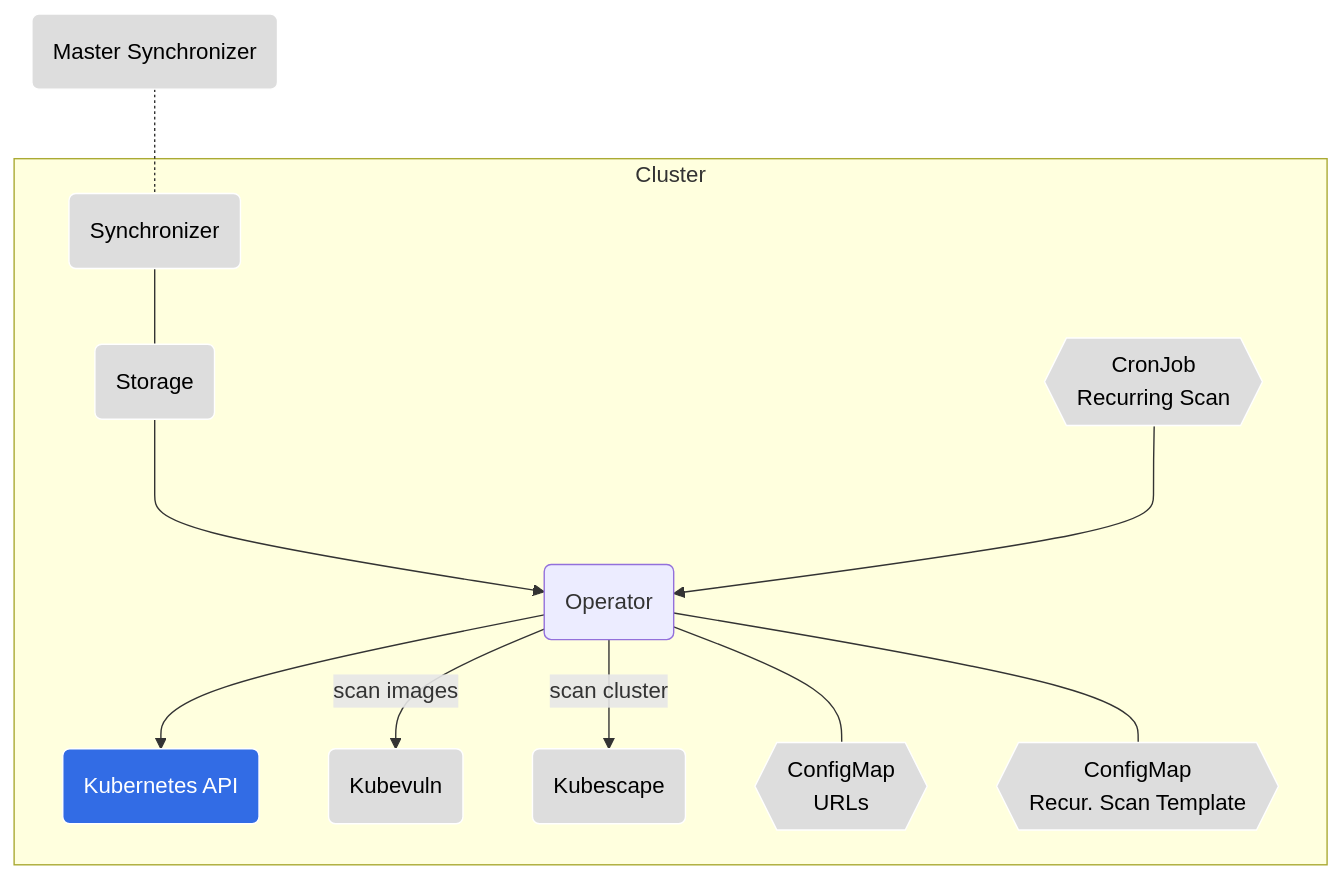
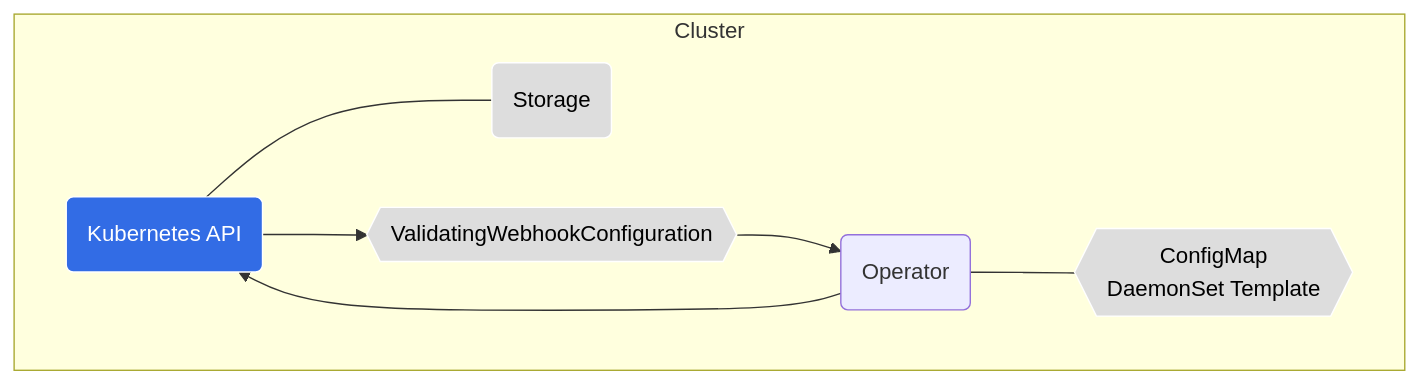
Before and after one commit to k8sstormcenter/helm-charts: the third of 4 diagrams in charts/kubescape-operator/README.md, drawn with Mermaid. The commit also changed other lines of this file, not shown here.

First line of the commit message:
chart: README describes the remaining components

````diff
--- a/charts/kubescape-operator/README.md
+++ b/charts/kubescape-operator/README.md
@@ -331,27 +186,19 @@
 ```mermaid
 graph TB
   subgraph Cluster
     store(Storage)
-    sync(Synchronizer)
     operator(Operator)
     k8sApi(Kubernetes API);
-    kubevuln(Kubevuln)
-    ks(Kubescape)
-    urlCm{{ConfigMap<br>URLs }}
-    recurringTempCm{{ConfigMap<br>Recur. Scan Template }}
-    recurringScanCj{{CronJob<br>Recurring Scan }}
+    webhook{{ValidatingWebhookConfiguration}}
+    template{{ConfigMap<br>DaemonSet Template }}
   end;
-    masterSync(Master Synchronizer) .- sync --- store
-    store ---> operator
-    recurringScanCj ---> operator
-    operator -->|scan cluster| ks
-    operator -->|scan images| kubevuln
+    k8sApi --> webhook --> operator
     operator --> k8sApi
-    operator --- urlCm
-    operator --- recurringTempCm
+    k8sApi --- store
+    operator --- template
 
   classDef k8s fill:#326ce5,stroke:#fff,stroke-width:1px,color:#fff;
   classDef plain fill:#ddd,stroke:#fff,stroke-width:1px,color:#000;
   class k8sApi k8s
-  class ks,store,masterSync,kollector,urlCm,recurringScanCj,recurringTempCm,kubevuln,er,dashboard,sync plain
+  class store,webhook,template plain
 ```
````
